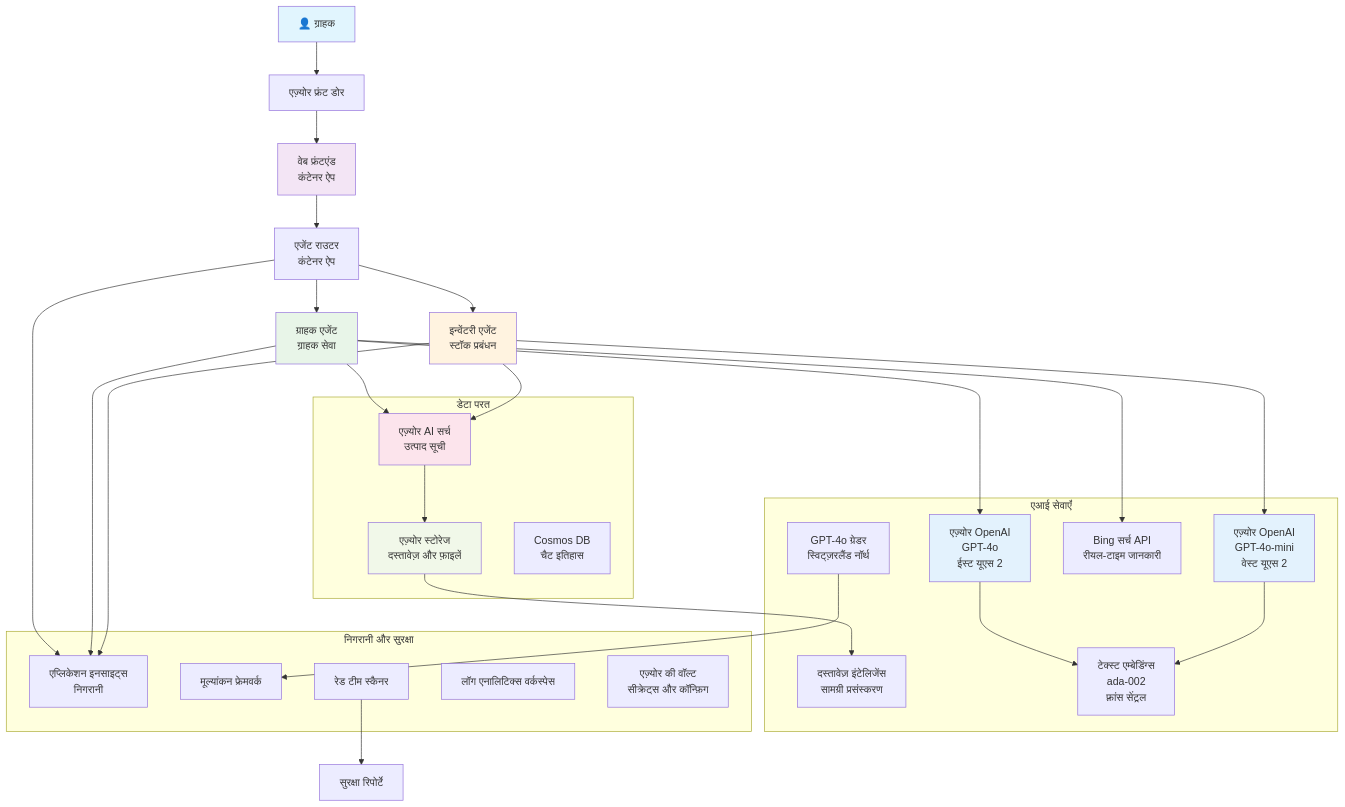
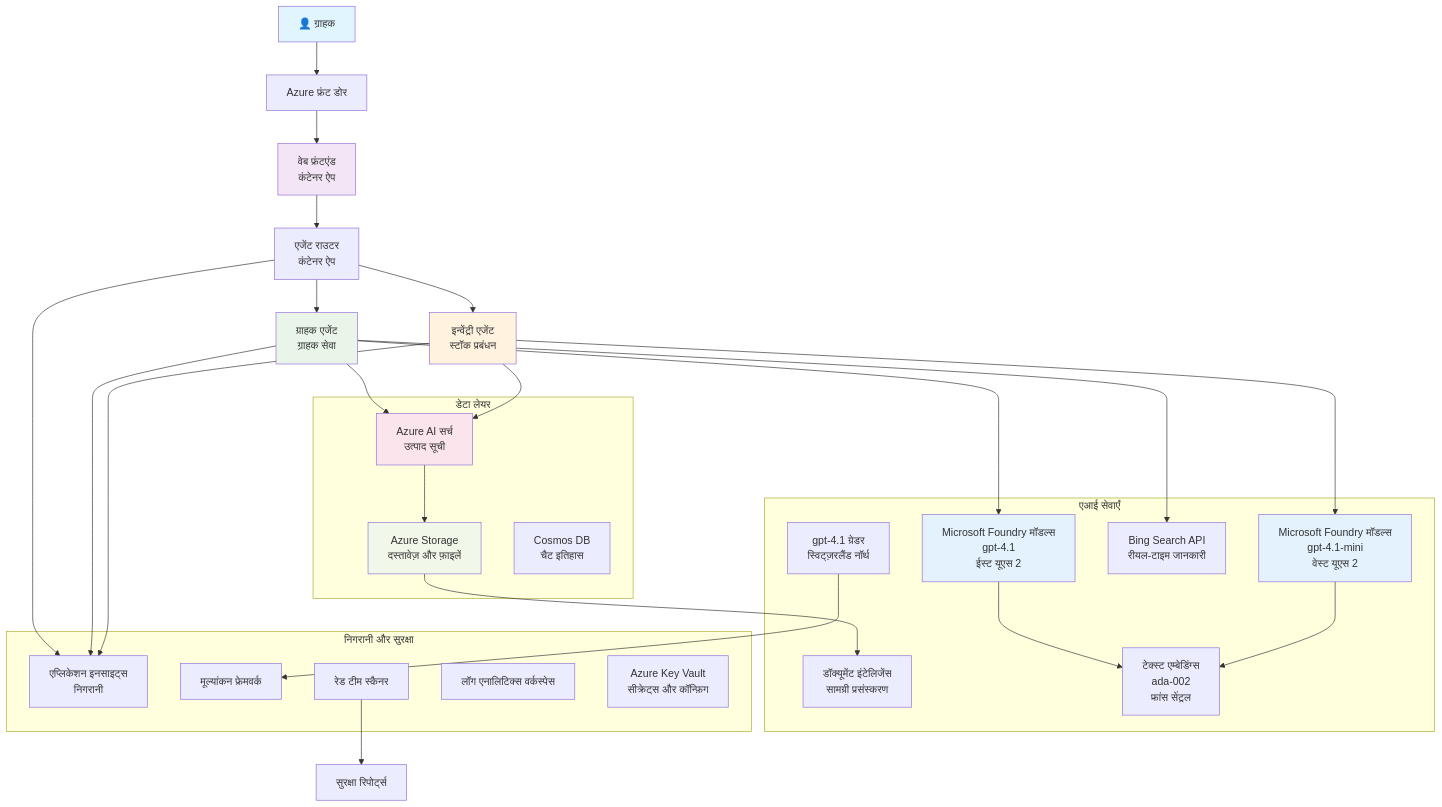
The diagram in translations/hi/examples/retail-scenario.md (microsoft/AZD-for-beginners), drawn with Mermaid before and after one commit. The commit also changed other lines of this file and 101 other files, not shown here.

````diff
--- a/translations/hi/examples/retail-scenario.md
+++ b/translations/hi/examples/retail-scenario.md
@@ -139,61 +139,61 @@
 ```mermaid
 graph TB
-    User[👤 ग्राहक] --> LB[एज़्योर फ्रंट डोर]
+    User[👤 ग्राहक] --> LB[Azure फ्रंट डोर]
     LB --> WebApp[वेब फ्रंटएंड<br/>कंटेनर ऐप]
     
     WebApp --> Router[एजेंट राउटर<br/>कंटेनर ऐप]
     Router --> CustomerAgent[ग्राहक एजेंट<br/>ग्राहक सेवा]
-    Router --> InvAgent[इन्वेंटरी एजेंट<br/>स्टॉक प्रबंधन]
+    Router --> InvAgent[इन्वेंट्री एजेंट<br/>स्टॉक प्रबंधन]
     
-    CustomerAgent --> OpenAI1[एज़्योर OpenAI<br/>GPT-4o<br/>ईस्ट यूएस 2]
-    InvAgent --> OpenAI2[एज़्योर OpenAI<br/>GPT-4o-mini<br/>वेस्ट यूएस 2]
+    CustomerAgent --> OpenAI1[Microsoft Foundry मॉडल्स<br/>gpt-4.1<br/>ईस्ट यूएस 2]
+    InvAgent --> OpenAI2[Microsoft Foundry मॉडल्स<br/>gpt-4.1-mini<br/>वेस्ट यूएस 2]
     
-    CustomerAgent --> AISearch[एज़्योर AI सर्च<br/>उत्पाद सूची]
-    CustomerAgent --> BingSearch[Bing सर्च API<br/>रीयल-टाइम जानकारी]
+    CustomerAgent --> AISearch[Azure AI सर्च<br/>उत्पाद सूची]
+    CustomerAgent --> BingSearch[Bing Search API<br/>रीयल-टाइम जानकारी]
     InvAgent --> AISearch
     
-    AISearch --> Storage[एज़्योर स्टोरेज<br/>दस्तावेज़ और फ़ाइलें]
-    Storage --> DocIntel[दस्तावेज़ इंटेलिजेंस<br/>सामग्री प्रसंस्करण]
+    AISearch --> Storage[Azure Storage<br/>दस्तावेज़ और फ़ाइलें]
+    Storage --> DocIntel[डॉक्यूमेंट इंटेलिजेंस<br/>सामग्री प्रसंस्करण]
     
-    OpenAI1 --> Embeddings[टेक्स्ट एम्बेडिंग्स<br/>ada-002<br/>फ़्रांस सेंट्रल]
+    OpenAI1 --> Embeddings[टेक्स्ट एम्बेडिंग्स<br/>ada-002<br/>फ्रांस सेंट्रल]
     OpenAI2 --> Embeddings
     
     Router --> AppInsights[एप्लिकेशन इनसाइट्स<br/>निगरानी]
     CustomerAgent --> AppInsights
     InvAgent --> AppInsights
     
-    GraderModel[GPT-4o ग्रेडर<br/>स्विट्ज़रलैंड नॉर्थ] --> Evaluation[मूल्यांकन फ्रेमवर्क]
-    RedTeam[रेड टीम स्कैनर] --> SecurityReports[सुरक्षा रिपोर्टें]
+    GraderModel[gpt-4.1 ग्रेडर<br/>स्विट्ज़रलैंड नॉर्थ] --> Evaluation[मूल्यांकन फ्रेमवर्क]
+    RedTeam[रेड टीम स्कैनर] --> SecurityReports[सुरक्षा रिपोर्ट्स]
     
-    subgraph "डेटा परत"
+    subgraph "डेटा लेयर"
         Storage
         AISearch
         CosmosDB[Cosmos DB<br/>चैट इतिहास]
     end
     
     subgraph "एआई सेवाएँ"
         OpenAI1
         OpenAI2
         Embeddings
         GraderModel
         DocIntel
         BingSearch
     end
     
     subgraph "निगरानी और सुरक्षा"
         AppInsights
         LogAnalytics[लॉग एनालिटिक्स वर्कस्पेस]
-        KeyVault[एज़्योर की वॉल्ट<br/>सीक्रेट्स और कॉन्फ़िग]
+        KeyVault[Azure Key Vault<br/>सीक्रेट्स और कॉन्फ़िग]
         RedTeam
         Evaluation
     end
     
     style User fill:#e1f5fe
     style WebApp fill:#f3e5f5
     style CustomerAgent fill:#e8f5e8
     style InvAgent fill:#fff3e0
     style OpenAI1 fill:#e3f2fd
     style OpenAI2 fill:#e3f2fd
     style AISearch fill:#fce4ec
     style Storage fill:#f1f8e9
 ```
````
